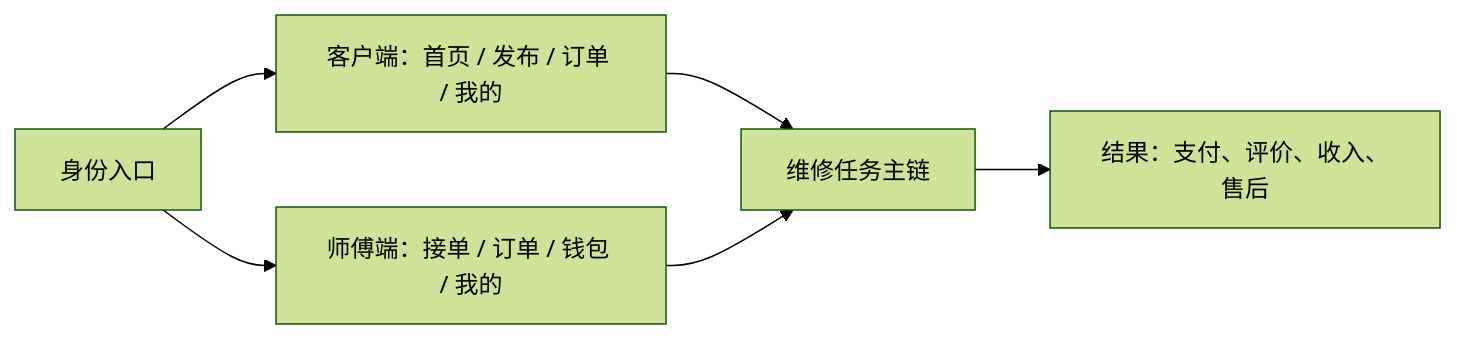
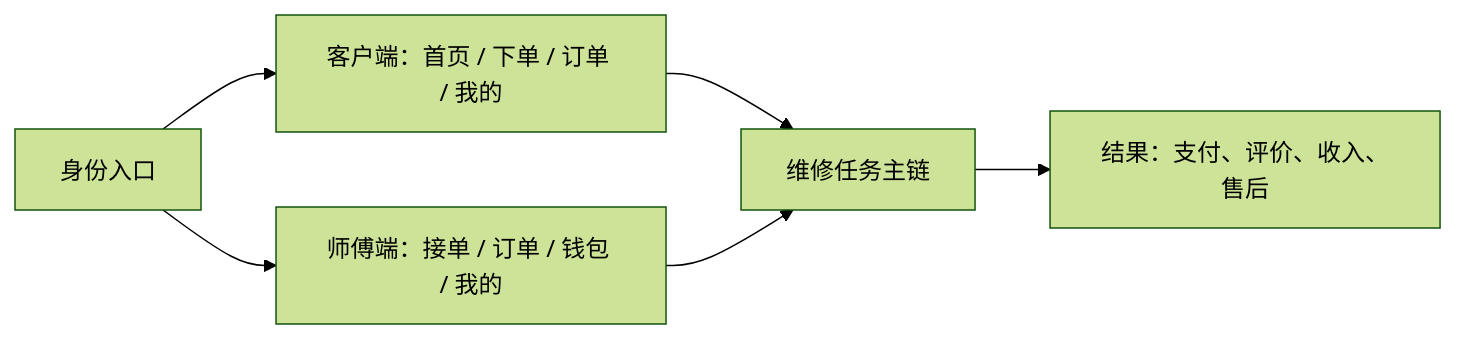
One commit to Dorian-EAI/zizizi changed the first of 3 diagrams in 01-main-project/zi/docs/design/功能与交互文档.md. Above: the diagram before and after it, drawn with Mermaid (forest theme). The commit also changed other lines of this file and 92 other files, not shown here.

````diff
--- a/01-main-project/zi/docs/design/功能与交互文档.md
+++ b/01-main-project/zi/docs/design/功能与交互文档.md
@@ -51,8 +51,8 @@
 ```mermaid
 flowchart LR
-  A["身份入口"] --> B["客户端：首页 / 发布 / 订单 / 我的"]
+  A["身份入口"] --> B["客户端：首页 / 下单 / 订单 / 我的"]
   A --> C["师傅端：接单 / 订单 / 钱包 / 我的"]
   B --> D["维修任务主链"]
   C --> D
   D --> E["结果：支付、评价、收入、售后"]
 ```
````
